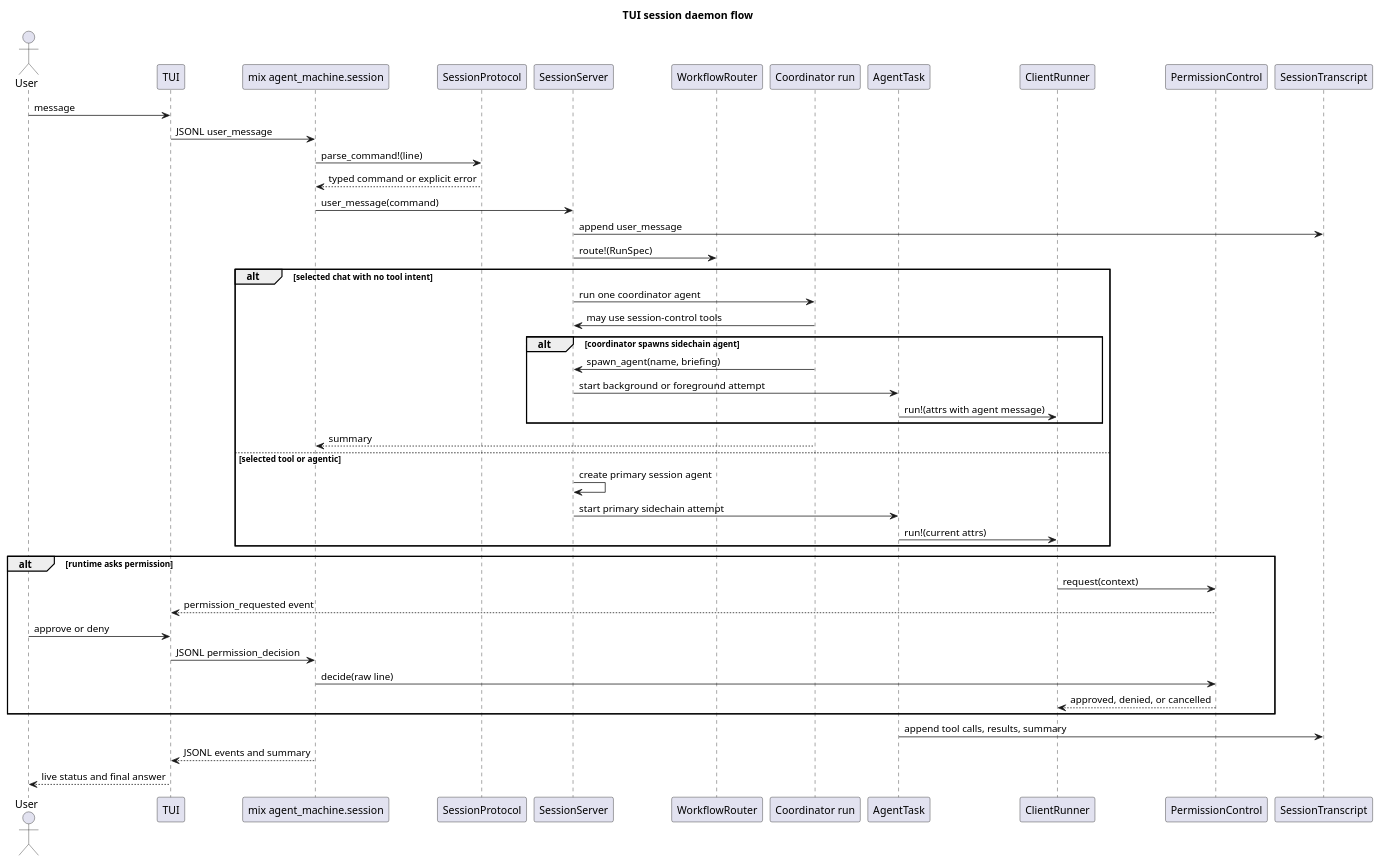
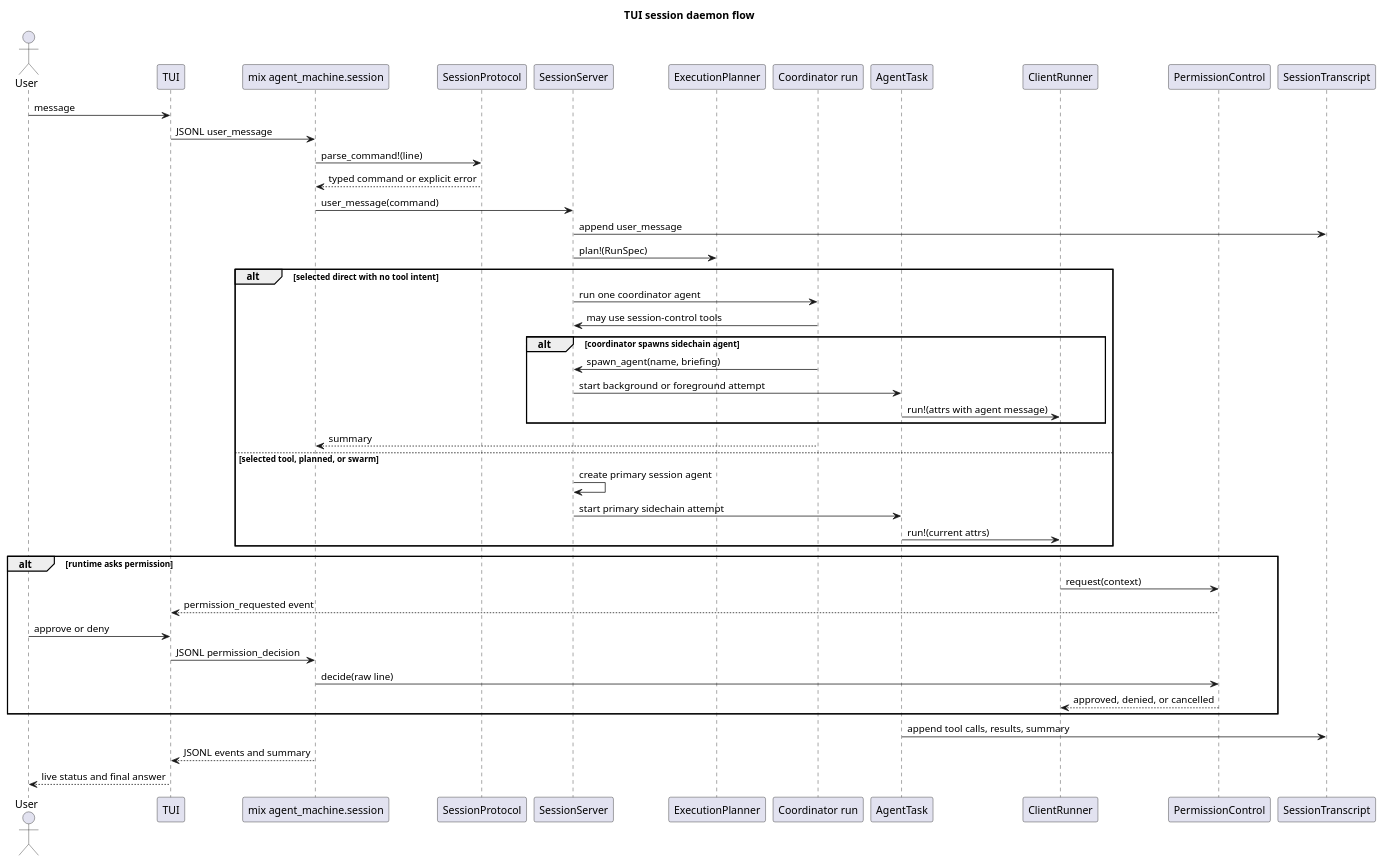
One commit to pawel-dubiel/AgentMachine changed the third of 6 diagrams in docs/runtime-flow.md. Above: the diagram before and after it, drawn with PlantUML. The commit also changed other lines of this file and 55 other files, not shown here.

````diff
--- a/docs/runtime-flow.md
+++ b/docs/runtime-flow.md
@@ -188,53 +178,53 @@
 ```plantuml
 @startuml
 title TUI session daemon flow
 
 actor User
 participant TUI
 participant "mix agent_machine.session" as SessionTask
 participant SessionProtocol
 participant SessionServer
-participant WorkflowRouter as Router
+participant ExecutionPlanner as Planner
 participant "Coordinator run" as Coordinator
 participant AgentTask
 participant ClientRunner
 participant PermissionControl
 participant SessionTranscript
 
 User -> TUI: message
 TUI -> SessionTask: JSONL user_message
 SessionTask -> SessionProtocol: parse_command!(line)
 SessionProtocol --> SessionTask: typed command or explicit error
 SessionTask -> SessionServer: user_message(command)
 SessionServer -> SessionTranscript: append user_message
-SessionServer -> Router: route!(RunSpec)
+SessionServer -> Planner: plan!(RunSpec)
 
-alt selected chat with no tool intent
+alt selected direct with no tool intent
   SessionServer -> Coordinator: run one coordinator agent
   Coordinator -> SessionServer: may use session-control tools
   alt coordinator spawns sidechain agent
     Coordinator -> SessionServer: spawn_agent(name, briefing)
     SessionServer -> AgentTask: start background or foreground attempt
     AgentTask -> ClientRunner: run!(attrs with agent message)
   end
   Coordinator --> SessionTask: summary
-else selected tool or agentic
+else selected tool, planned, or swarm
   SessionServer -> SessionServer: create primary session agent
   SessionServer -> AgentTask: start primary sidechain attempt
   AgentTask -> ClientRunner: run!(current attrs)
 end
 
 alt runtime asks permission
   ClientRunner -> PermissionControl: request(context)
   PermissionControl --> TUI: permission_requested event
   User -> TUI: approve or deny
   TUI -> SessionTask: JSONL permission_decision
   SessionTask -> PermissionControl: decide(raw line)
   PermissionControl --> ClientRunner: approved, denied, or cancelled
 end
 
 AgentTask -> SessionTranscript: append tool calls, results, summary
 SessionTask --> TUI: JSONL events and summary
 TUI --> User: live status and final answer
 @enduml
 ```
````
